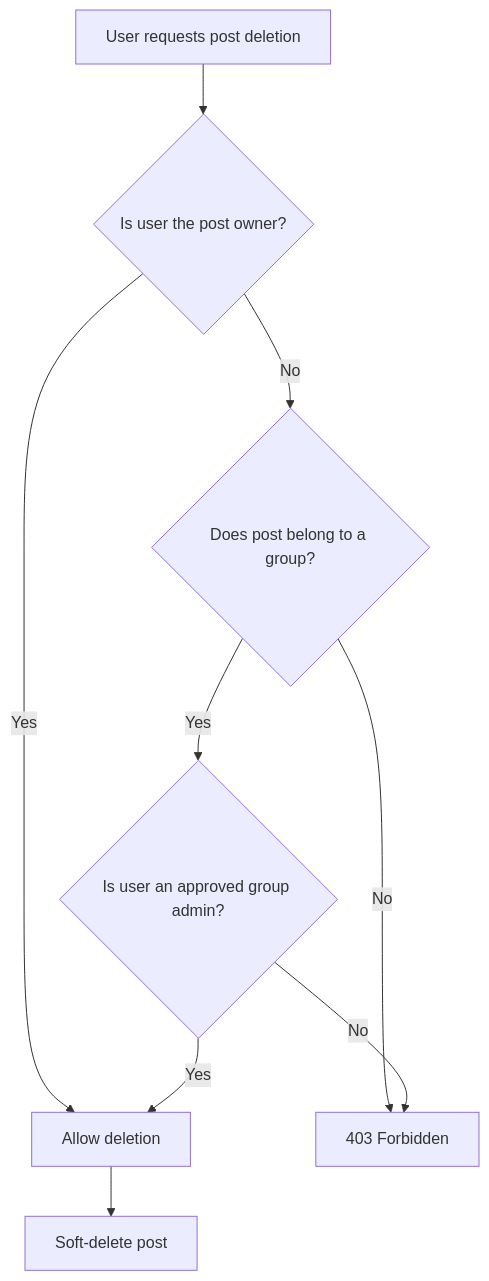
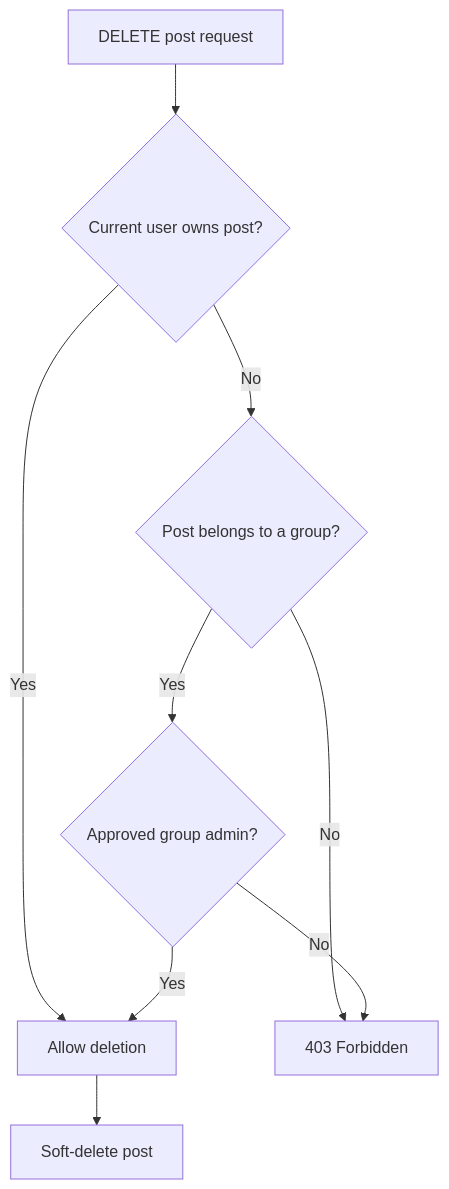
The first of 4 diagrams in docs/post-moderation-flow.md (Paradox-Work/Poet-Web), drawn with Mermaid before and after one commit. The commit also changed other lines of this file and 2 other files, not shown here.

First line of the commit message:
docs: update post feed and moderation flows

````diff
--- a/docs/post-moderation-flow.md
+++ b/docs/post-moderation-flow.md
@@ -95,19 +49,11 @@
 ```mermaid
 flowchart TD
-
-    A[User requests post deletion]
-    --> B{Is user the post owner?}
-
-    B -->|Yes| E[Allow deletion]
-
-    B -->|No| C{Does post belong to a group?}
-
-    C -->|No| F[403 Forbidden]
-
-    C -->|Yes| D{Is user an approved group admin?}
-
-    D -->|Yes| E
-    D -->|No| F
-
+    A[DELETE post request] --> B{Current user owns post?}
+    B -- Yes --> E[Allow deletion]
+    B -- No --> C{Post belongs to a group?}
+    C -- No --> F[403 Forbidden]
+    C -- Yes --> D{Approved group admin?}
+    D -- Yes --> E
+    D -- No --> F
     E --> G[Soft-delete post]
 ```
````
